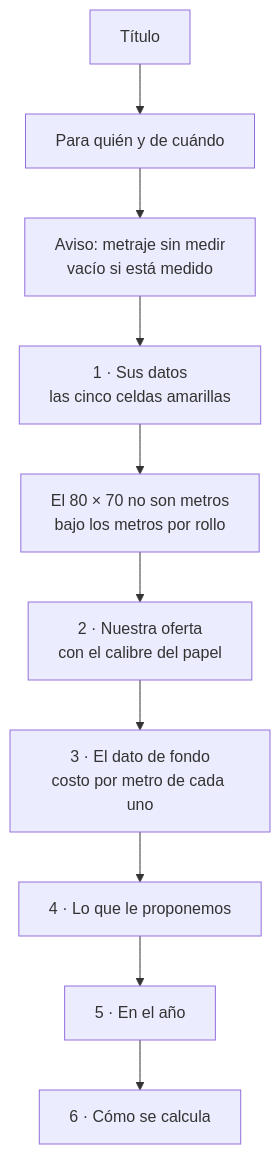
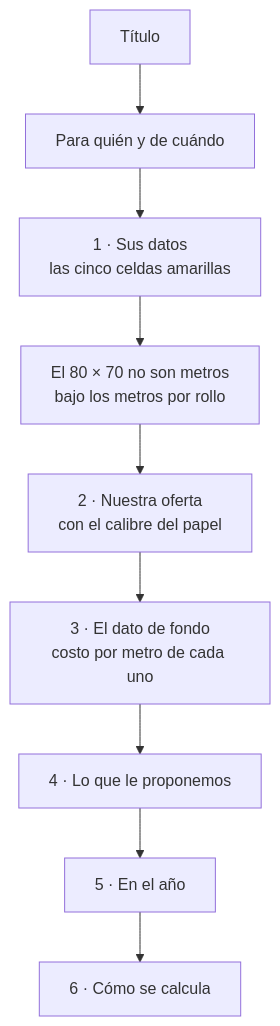
The diagram in docs/05-modulos/7.10-comparador-de-rendimiento.md (papeleriacomercial/sgv-pacsa), drawn with Mermaid before and after one commit. The commit also changed other lines of this file and 4 other files, not shown here.

````diff
--- a/docs/05-modulos/7.10-comparador-de-rendimiento.md
+++ b/docs/05-modulos/7.10-comparador-de-rendimiento.md
@@ -180,14 +191,13 @@
 ```mermaid
 flowchart TD
   E1["Título"]
   E2["Para quién y de cuándo"]
-  E3["Aviso: metraje sin medir<br/>vacío si está medido"]
   E4["1 · Sus datos<br/>las cinco celdas amarillas"]
   E4b["El 80 × 70 no son metros<br/>bajo los metros por rollo"]
   E5["2 · Nuestra oferta<br/>con el calibre del papel"]
   E6["3 · El dato de fondo<br/>costo por metro de cada uno"]
   E7["4 · Lo que le proponemos"]
   E8["5 · En el año"]
   E9["6 · Cómo se calcula"]
-  E1 --> E2 --> E3 --> E4 --> E4b --> E5 --> E6 --> E7 --> E8 --> E9
+  E1 --> E2 --> E4 --> E4b --> E5 --> E6 --> E7 --> E8 --> E9
 ```
````
